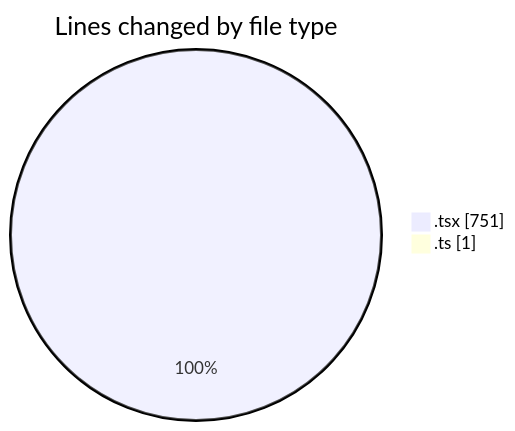
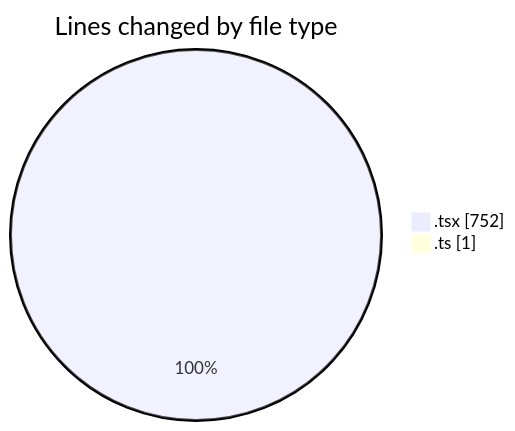
The first of 2 diagrams in 2025-03-08/mbc-web/README.md (robertbonfada/code-tracking), drawn with Mermaid before and after one commit. The commit also changed other lines of this file and 1 other file, not shown here.

````diff
--- a/2025-03-08/mbc-web/README.md
+++ b/2025-03-08/mbc-web/README.md
@@ -25,6 +25,6 @@
 ```mermaid
 pie showData
 title Lines changed by file type
-".tsx" : 751
+".tsx" : 752
 ".ts" : 1
 ```
````
